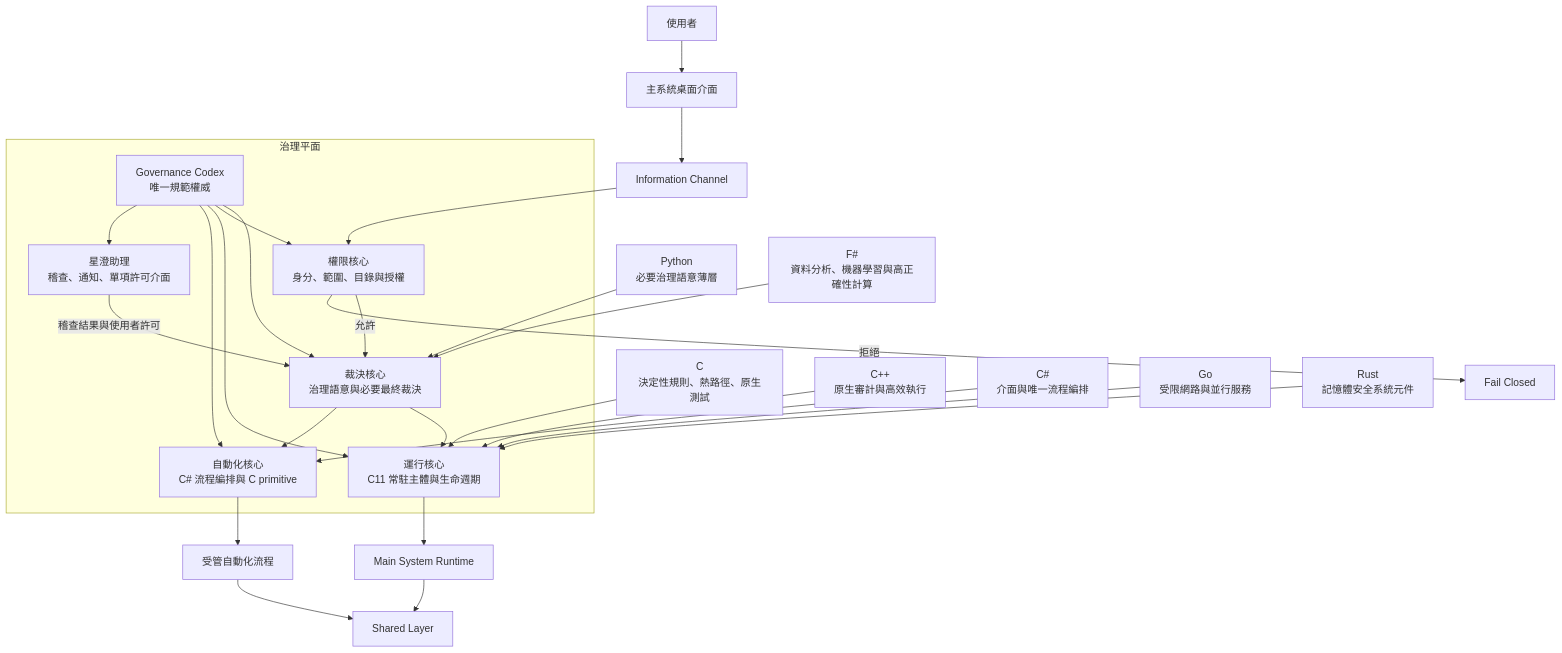
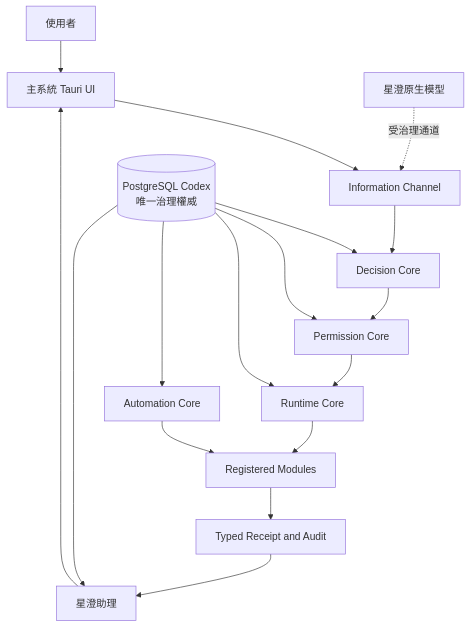
Before and after one commit to guilty442-source/GPTBridge: the first of 9 diagrams in governance_rule/codex/architecture-project.md, drawn with Mermaid. The commit also changed other lines of this file and 14 other files, not shown here.

Commit message:
codex sync 15:00:49Z: zh-TW mirror parts + architecture docs refreshed; formal rule evaluator codes renamed to canonical (_V1 suffix dropped; GO_RUST_NODE->GO_RUST_RUNTIME, JAX_PYTORCH->JAX_FRAMEWORK); release-dependencies pin

````diff
--- a/governance_rule/codex/architecture-project.md
+++ b/governance_rule/codex/architecture-project.md
@@ -7,39 +7,19 @@
 ```mermaid
 flowchart TB
-  U[使用者] --> UI[主系統桌面介面]
-  UI --> IC[Information Channel]
-
-  subgraph GOV[治理平面]
-    CX[Governance Codex<br/>唯一規範權威]
-    DC[裁決核心<br/>治理語意與必要最終裁決]
-    PC[權限核心<br/>身分、範圍、目錄與授權]
-    RC[運行核心<br/>C11 常駐主體與生命週期]
-    AC[自動化核心<br/>C# 流程編排與 C primitive]
-    XA[星澄助理<br/>稽查、通知、單項許可介面]
-    CX --> DC
-    CX --> PC
-    CX --> RC
-    CX --> AC
-    CX --> XA
-  end
-
-  IC --> PC
-  PC -->|允許| DC
-  PC -->|拒絕| DENY[Fail Closed]
-  DC --> RC
-  DC --> AC
-  XA -->|稽查結果與使用者許可| DC
-
-  RC --> MS[Main System Runtime]
-  AC --> FLOW[受管自動化流程]
-  MS --> SL[Shared Layer]
-  FLOW --> SL
-
-  C[C<br/>決定性規則、熱路徑、原生測試] --> RC
-  CPP[C++<br/>原生審計與高效執行] --> RC
-  CS[C#<br/>介面與唯一流程編排] --> AC
-  PY[Python<br/>必要治理語意薄層] --> DC
-  FS[F#<br/>資料分析、機器學習與高正確性計算] --> DC
-  GO[Go<br/>受限網路與並行服務] --> RC
-  RS[Rust<br/>記憶體安全系統元件] --> RC
+  USER[使用者] --> UI[主系統 Tauri UI]
+  UI --> INFO[Information Channel]
+  CODEX[(PostgreSQL Codex<br/>唯一治理權威)] --> DEC[Decision Core]
+  CODEX --> PERM[Permission Core]
+  CODEX --> RUN[Runtime Core]
+  CODEX --> AUTO[Automation Core]
+  CODEX --> XA[星澄助理]
+  INFO --> DEC
+  DEC --> PERM
+  PERM --> RUN
+  RUN --> EXEC[Registered Modules]
+  AUTO --> EXEC
+  EXEC --> RECEIPT[Typed Receipt and Audit]
+  RECEIPT --> XA
+  XA --> UI
+  XC[星澄原生模型] -.受治理通道.-> INFO
 ```
````
